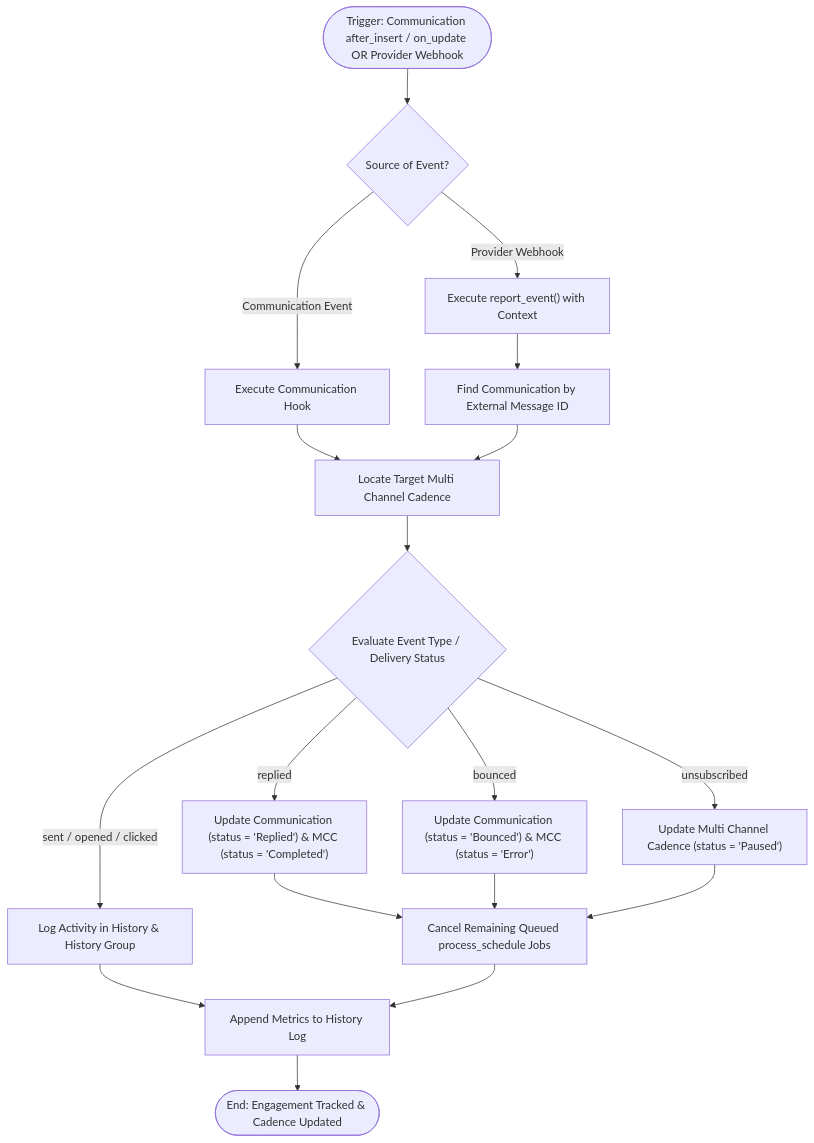
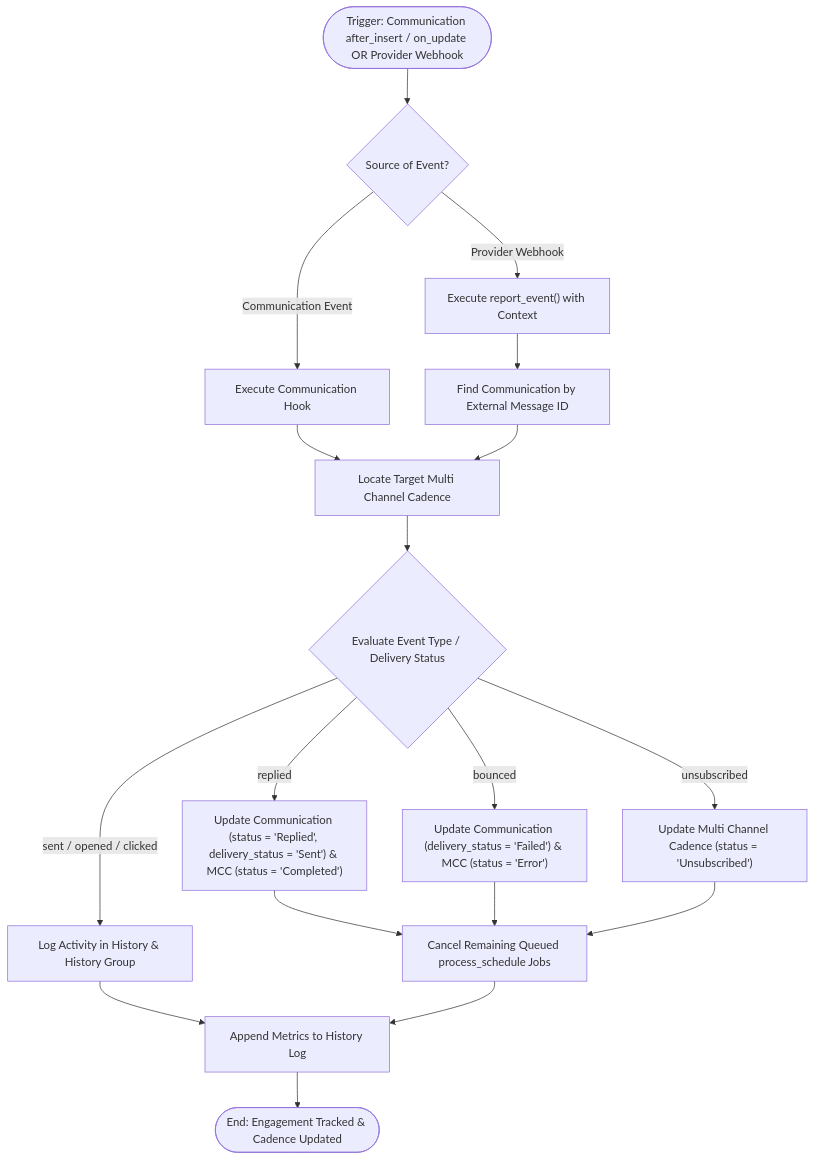
One commit to aurumorcom/frappe-cadence changed the diagram in frappe_cadence/docs/architecture/bpmn/05-communication-engagement-tracking.md. Above: the diagram before and after it, drawn with Mermaid. The commit also changed other lines of this file and 21 other files, not shown here.

First line of the commit message:
docs: reorganize architecture documentation structure

````diff
--- a/frappe_cadence/docs/architecture/bpmn/05-communication-engagement-tracking.md
+++ b/frappe_cadence/docs/architecture/bpmn/05-communication-engagement-tracking.md
@@ -7,24 +7,24 @@
 ```mermaid
 flowchart TD
     StartCommTrigger(["Trigger: Communication after_insert / on_update OR Provider Webhook"]) --> DetectSource{"Source of Event?"}
     DetectSource -- Communication Event --> ProcessComm["Execute Communication Hook"]
     DetectSource -- Provider Webhook --> InvokeReportEvent["Execute report_event() with Context"]
     
     ProcessComm --> MatchMCC["Locate Target Multi Channel Cadence"]
     InvokeReportEvent --> MatchComm["Find Communication by External Message ID"]
     MatchComm --> MatchMCC
     
     MatchMCC --> EvaluateEventType{"Evaluate Event Type / Delivery Status"}
     EvaluateEventType -- sent / opened / clicked --> LogEngagement["Log Activity in History & History Group"]
-    EvaluateEventType -- replied --> MarkReplied["Update Communication (status = 'Replied') & MCC (status = 'Completed')"]
-    EvaluateEventType -- bounced --> MarkBounced["Update Communication (status = 'Bounced') & MCC (status = 'Error')"]
-    EvaluateEventType -- unsubscribed --> MarkUnsub["Update Multi Channel Cadence (status = 'Paused')"]
+    EvaluateEventType -- replied --> MarkReplied["Update Communication (status = 'Replied', delivery_status = 'Sent') & MCC (status = 'Completed')"]
+    EvaluateEventType -- bounced --> MarkBounced["Update Communication (delivery_status = 'Failed') & MCC (status = 'Error')"]
+    EvaluateEventType -- unsubscribed --> MarkUnsub["Update Multi Channel Cadence (status = 'Unsubscribed')"]
     
     LogEngagement --> UpdateHistory["Append Metrics to History Log"]
     MarkReplied --> CancelPendingSteps["Cancel Remaining Queued process_schedule Jobs"]
     MarkBounced --> CancelPendingSteps
     MarkUnsub --> CancelPendingSteps
     
     CancelPendingSteps --> UpdateHistory
     UpdateHistory --> EndTrackingSuccess(["End: Engagement Tracked & Cadence Updated"])
 ```
````
